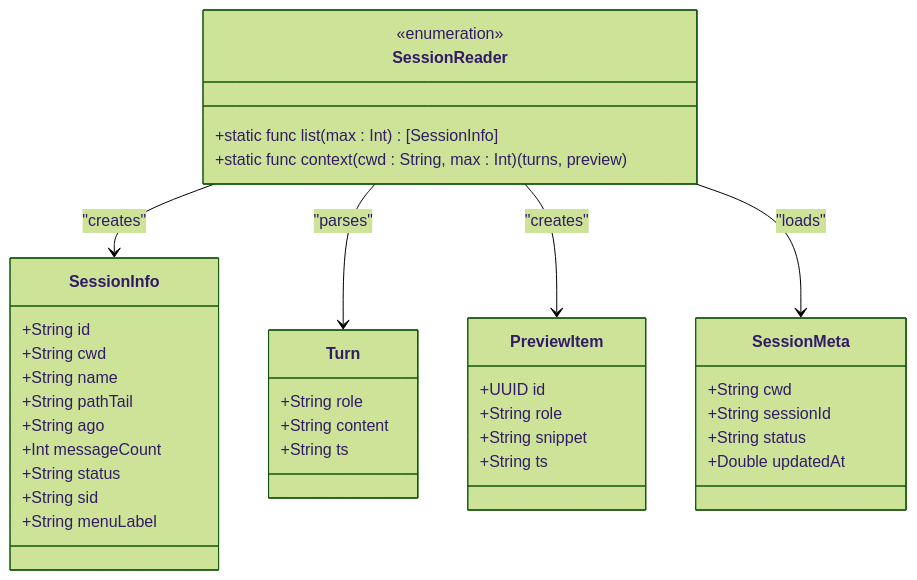
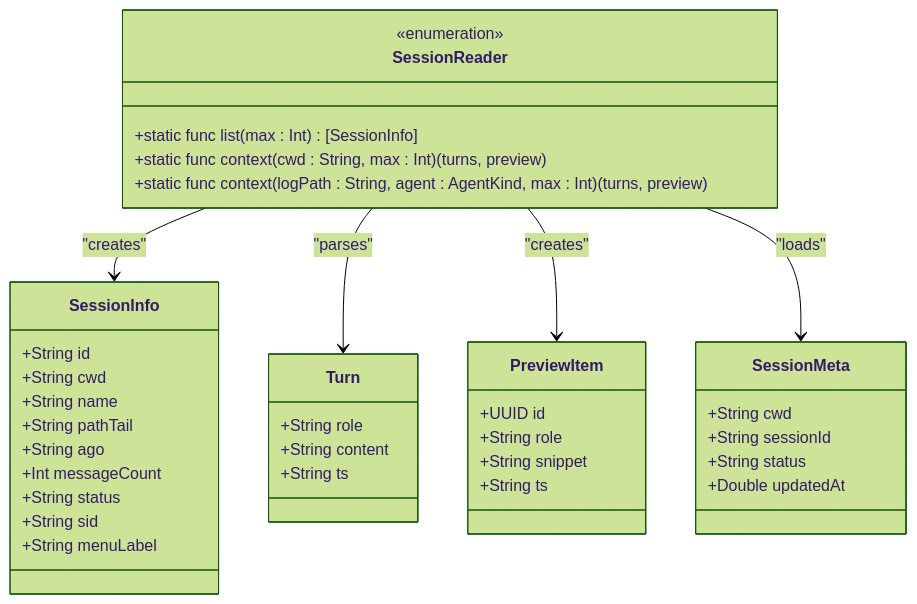
The eighth of 33 diagrams in .qoder/repowiki/zh/content/核心架构/会话管理系统.md (WyRainBow/PromptCocoPilot), drawn with Mermaid (forest theme) before and after one commit. The commit also changed other lines of this file and 134 other files, not shown here.

````diff
--- a/.qoder/repowiki/zh/content/核心架构/会话管理系统.md
+++ b/.qoder/repowiki/zh/content/核心架构/会话管理系统.md
@@ -475,40 +522,41 @@
 ```mermaid
 classDiagram
 class SessionReader {
 <<enumeration>>
 +static func list(max : Int) [SessionInfo]
 +static func context(cwd : String, max : Int) (turns, preview)
++static func context(logPath : String, agent : AgentKind, max : Int) (turns, preview)
 }
 class SessionInfo {
 +String id
 +String cwd
 +String name
 +String pathTail
 +String ago
 +Int messageCount
 +String status
 +String sid
 +String menuLabel
 }
 class Turn {
 +String role
 +String content
 +String ts
 }
 class PreviewItem {
 +UUID id
 +String role
 +String snippet
 +String ts
 }
 class SessionMeta {
 +String cwd
 +String sessionId
 +String status
 +Double updatedAt
 }
 SessionReader --> SessionInfo : "creates"
 SessionReader --> Turn : "parses"
 SessionReader --> PreviewItem : "creates"
 SessionReader --> SessionMeta : "loads"
 ```
````
